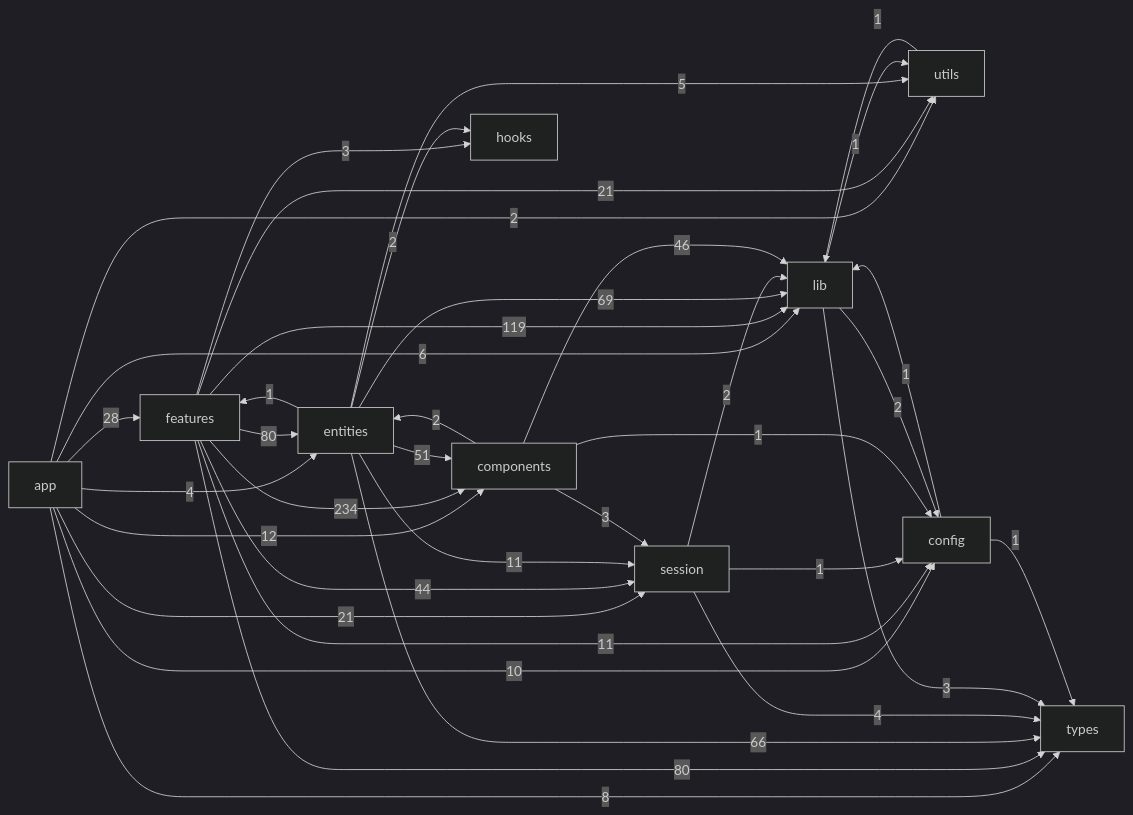
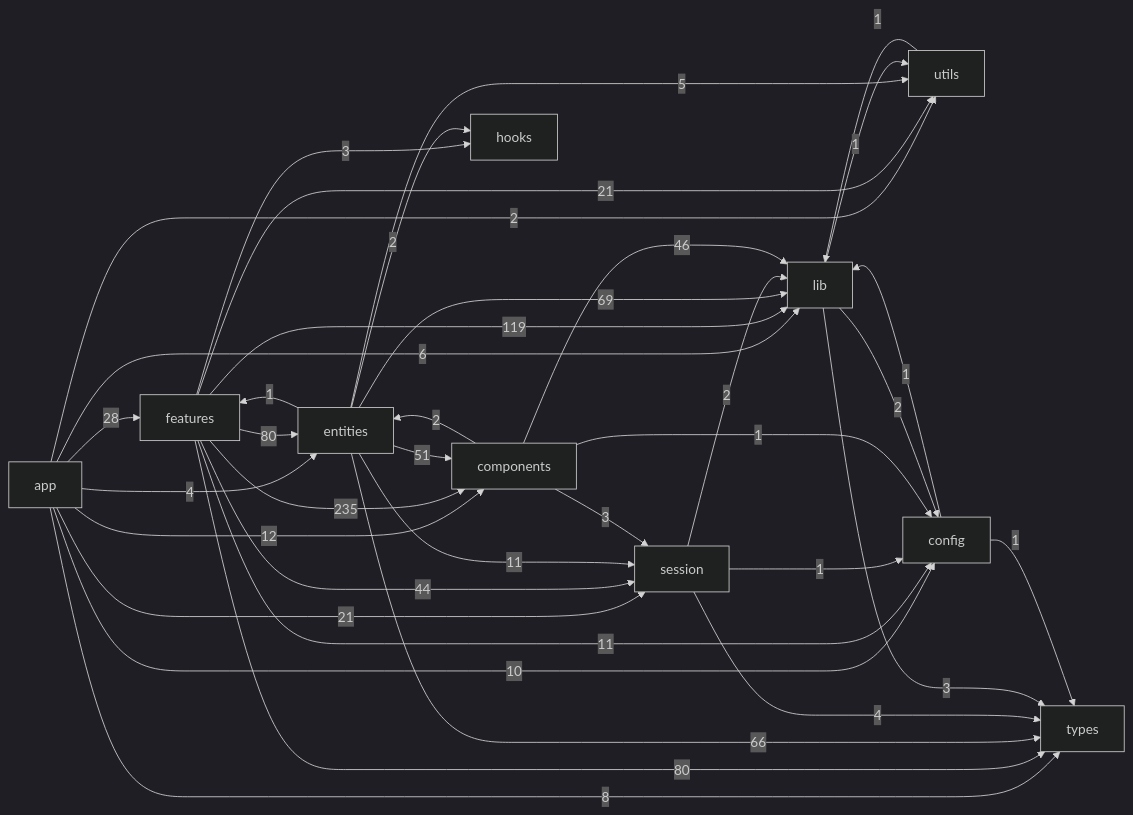
Before and after one commit to JohnnyZhao2/LMS: the diagram in lms_frontend/docs/generated/feature-dependency-graph.md, drawn with Mermaid (dark theme). The commit also changed other lines of this file and 16 other files, not shown here.

````diff
--- a/lms_frontend/docs/generated/feature-dependency-graph.md
+++ b/lms_frontend/docs/generated/feature-dependency-graph.md
@@ -7,49 +7,49 @@
 ```mermaid
 flowchart LR
   app["app"]
   features["features"]
   entities["entities"]
   session["session"]
   components["components"]
   hooks["hooks"]
   lib["lib"]
   utils["utils"]
   config["config"]
   types["types"]
   app -->|28| features
   app -->|4| entities
   app -->|21| session
   app -->|12| components
   app -->|6| lib
   app -->|2| utils
   app -->|10| config
   app -->|8| types
   features -->|80| entities
   features -->|44| session
-  features -->|234| components
+  features -->|235| components
   features -->|3| hooks
   features -->|119| lib
   features -->|21| utils
   features -->|11| config
   features -->|80| types
   entities -->|1| features
   entities -->|11| session
   entities -->|51| components
   entities -->|2| hooks
   entities -->|69| lib
   entities -->|5| utils
   entities -->|66| types
   session -->|2| lib
   session -->|1| config
   session -->|4| types
   components -->|2| entities
   components -->|3| session
   components -->|46| lib
   components -->|1| config
   lib -->|1| utils
   lib -->|2| config
   lib -->|3| types
   utils -->|1| lib
   config -->|1| lib
   config -->|1| types
 ```
````
